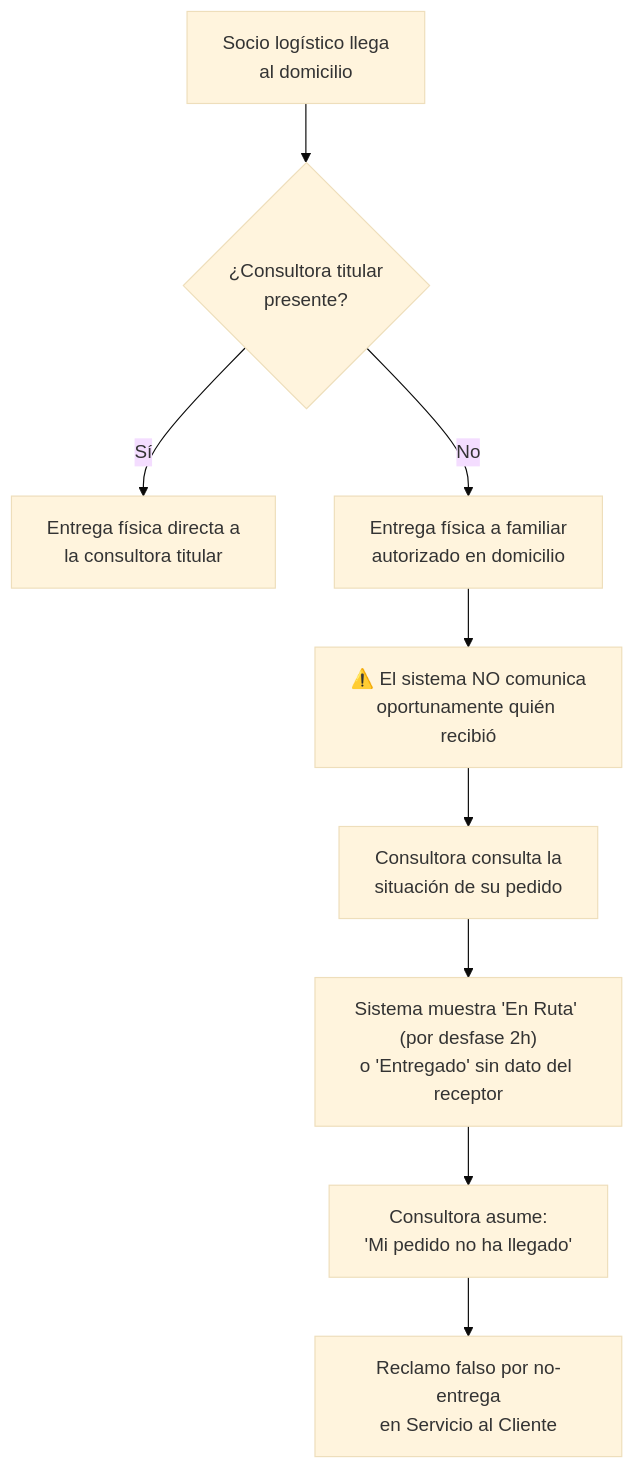
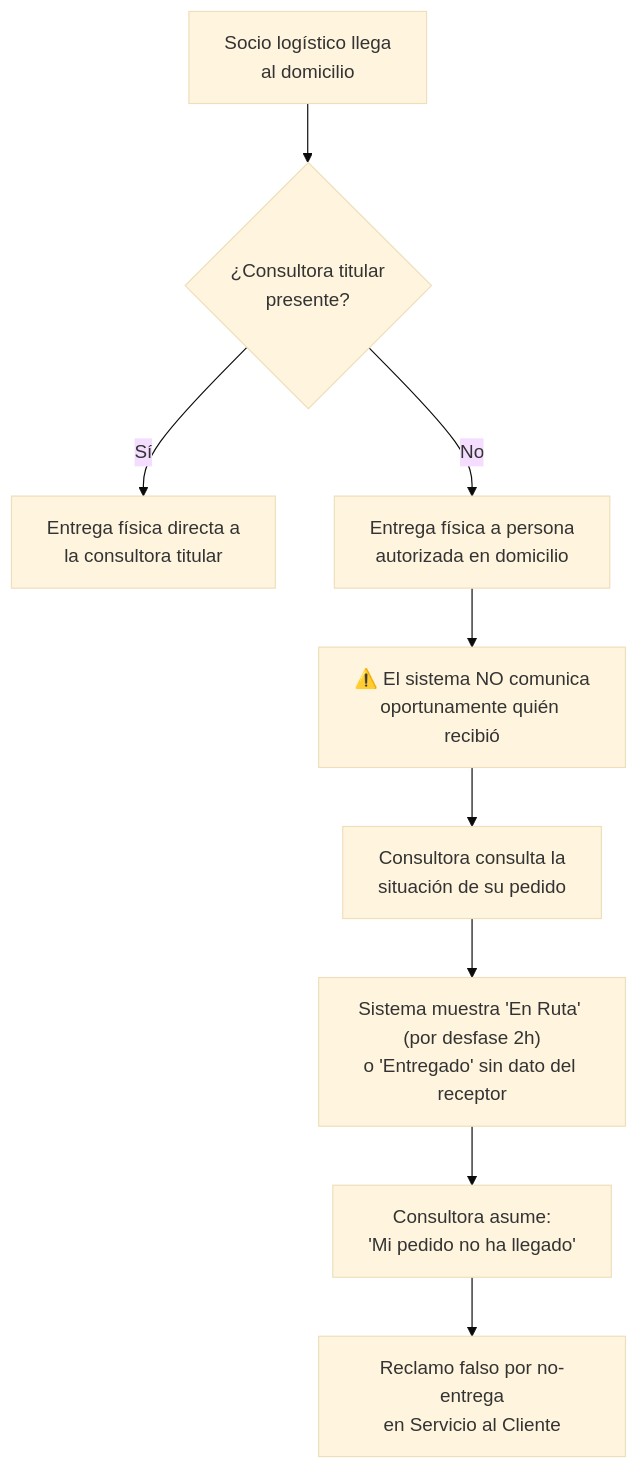
Before and after one commit to SaraviaH/arq-emp: the second of 2 diagrams in arq-emp AS-IS/AS-IS/05 - Problemas y desfases.md, drawn with Mermaid (base theme). The commit also changed other lines of this file and 50 other files, not shown here.

````diff
--- a/arq-emp AS-IS/AS-IS/05 - Problemas y desfases.md
+++ b/arq-emp AS-IS/AS-IS/05 - Problemas y desfases.md
@@ -68,12 +68,12 @@
 ```mermaid
 flowchart TD
     A["Socio logístico llega<br/>al domicilio"]
     --> B{"¿Consultora titular<br/>presente?"}
     B -->|Sí| C["Entrega física directa a<br/>la consultora titular"]
-    B -->|No| D["Entrega física a familiar<br/>autorizado en domicilio"]
+    B -->|No| D["Entrega física a persona<br/>autorizada en domicilio"]
     D --> E["⚠️ El sistema NO comunica<br/>oportunamente quién recibió"]
     E --> F["Consultora consulta la<br/>situación de su pedido"]
     F --> G["Sistema muestra 'En Ruta' (por desfase 2h)<br/>o 'Entregado' sin dato del receptor"]
     G --> H["Consultora asume:<br/>'Mi pedido no ha llegado'"]
     H --> I["Reclamo falso por no-entrega<br/>en Servicio al Cliente"]
 ```
````
